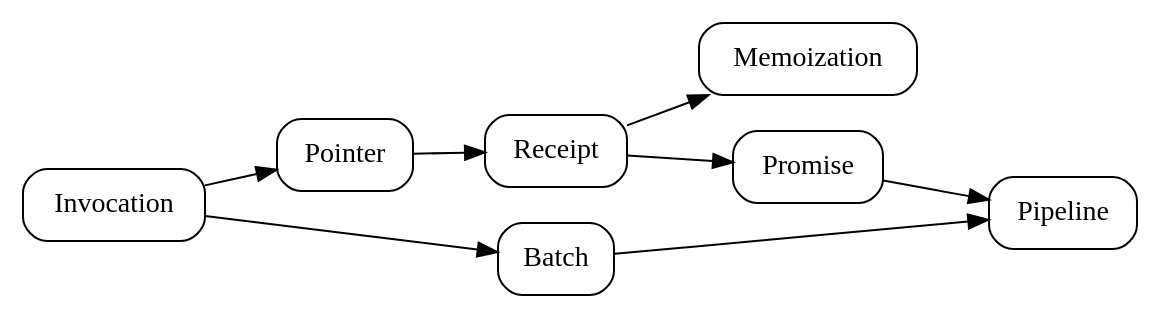
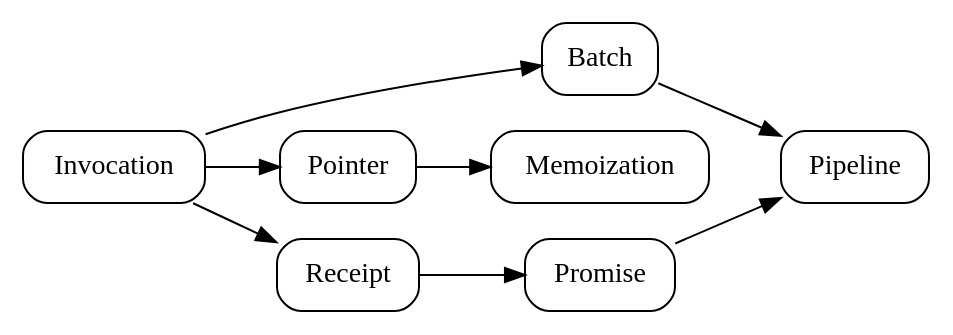
One commit to ucan-wg/invocation changed the diagram in diagrams/concepts.dot. Above: the diagram before and after it, drawn with Graphviz. The commit also changed 1 other file, not shown here.

Commit message:
Update concepts diagram

```diff
--- a/diagrams/concepts.dot
+++ b/diagrams/concepts.dot
@@ -1,12 +1,12 @@
 digraph {
     rankdir="LR"
 
     node [
       style=rounded
       shape=box
     ]
 
-    Invocation -> Pointer -> Receipt -> Memoization
-    Receipt -> Promise -> Pipeline
     Invocation -> Batch -> Pipeline
+    Invocation -> Pointer -> Memoization
+    Invocation -> Receipt -> Promise -> Pipeline
 }
```
